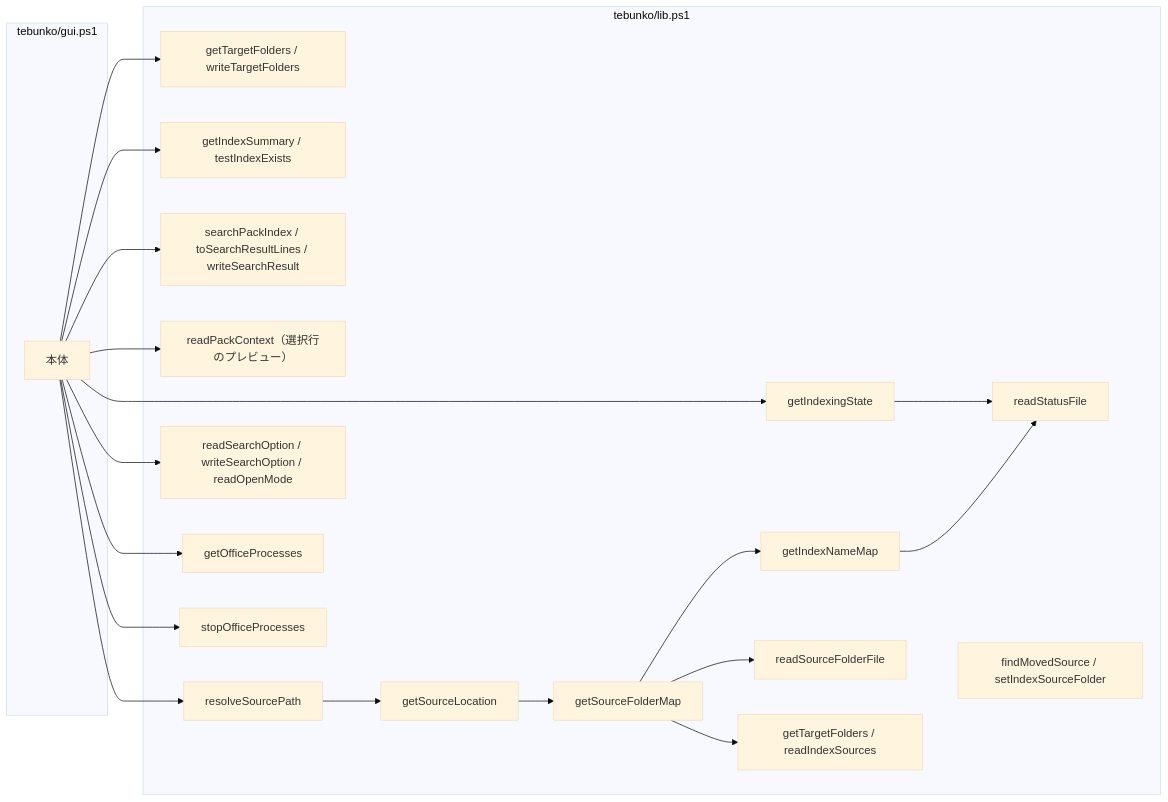
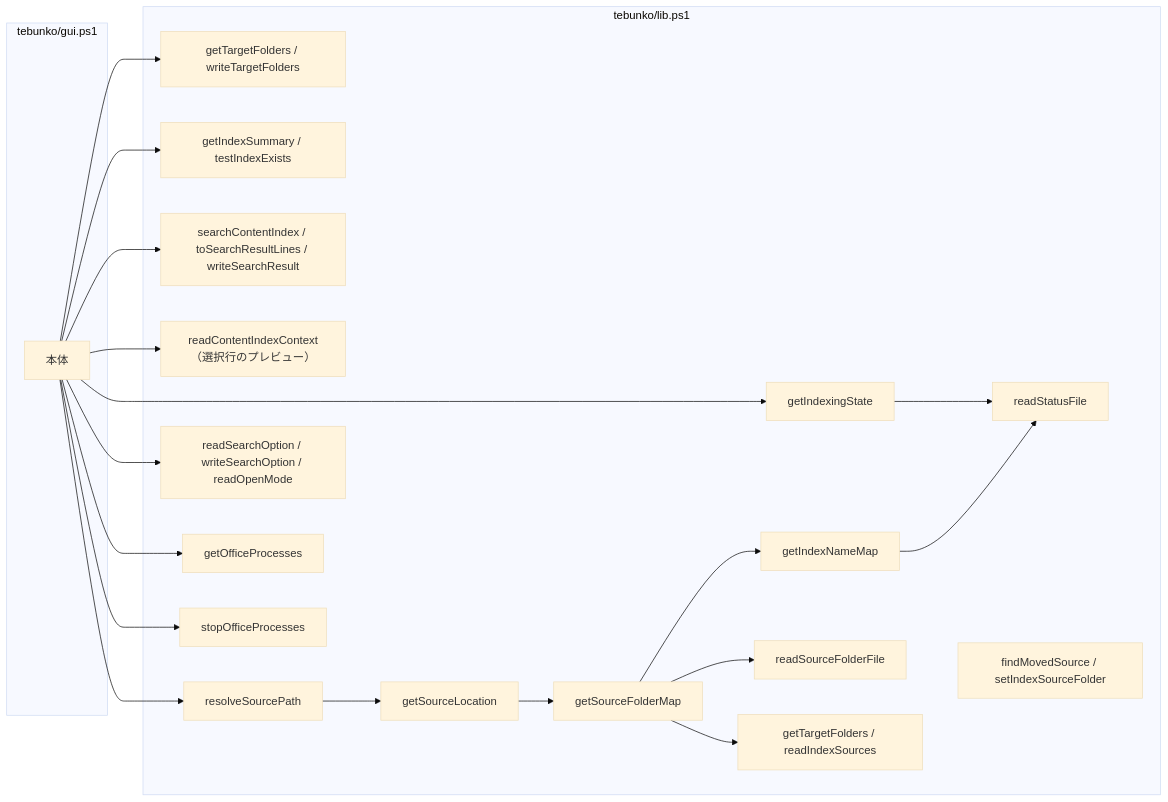
Before and after one commit to hsgwa/tebunko: the third of 3 diagrams in docs/design/reference/index.md, drawn with Mermaid (base theme). The commit also changed other lines of this file and 81 other files, not shown here.

First line of the commit message:
refactor: 集約ファイル（pack）のコードの名前を本文インデックス（contentIndex）に改める (#185)

````diff
--- a/docs/design/reference/index.md
+++ b/docs/design/reference/index.md
@@ -91,22 +91,22 @@
 ```mermaid
 flowchart LR
     subgraph GUI["tebunko/gui.ps1"]
         G["本体"]
     end
     subgraph CMS2["tebunko/lib.ps1"]
         TF["getTargetFolders / writeTargetFolders"]
         CS["getIndexingState"] --> RSF2["readStatusFile"]
         SUM["getIndexSummary / testIndexExists"]
-        SI2["searchPackIndex / toSearchResultLines / writeSearchResult"]
-        RPC["readPackContext（選択行のプレビュー）"]
+        SI2["searchContentIndex / toSearchResultLines / writeSearchResult"]
+        RPC["readContentIndexContext（選択行のプレビュー）"]
         RSP["resolveSourcePath"] --> SL["getSourceLocation"] --> SFM["getSourceFolderMap"] --> INM["getIndexNameMap"] --> RSF2
         SFM --> RSFF["readSourceFolderFile"]
         SFM --> TGT["getTargetFolders / readIndexSources"]
         RPL["findMovedSource / setIndexSourceFolder"]
         OPT["readSearchOption / writeSearchOption / readOpenMode"]
         GOP["getOfficeProcesses"]
         SOP["stopOfficeProcesses"]
     end
 
     G --> TF & CS & SUM & SI2 & RPC & RSP & OPT & GOP & SOP
 ```
````
